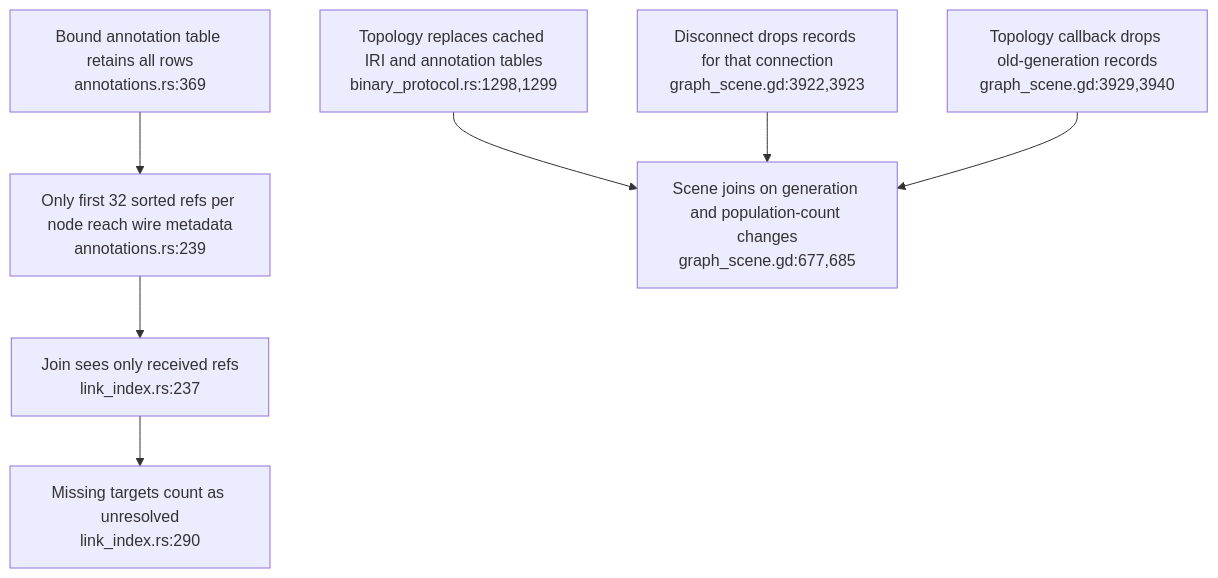
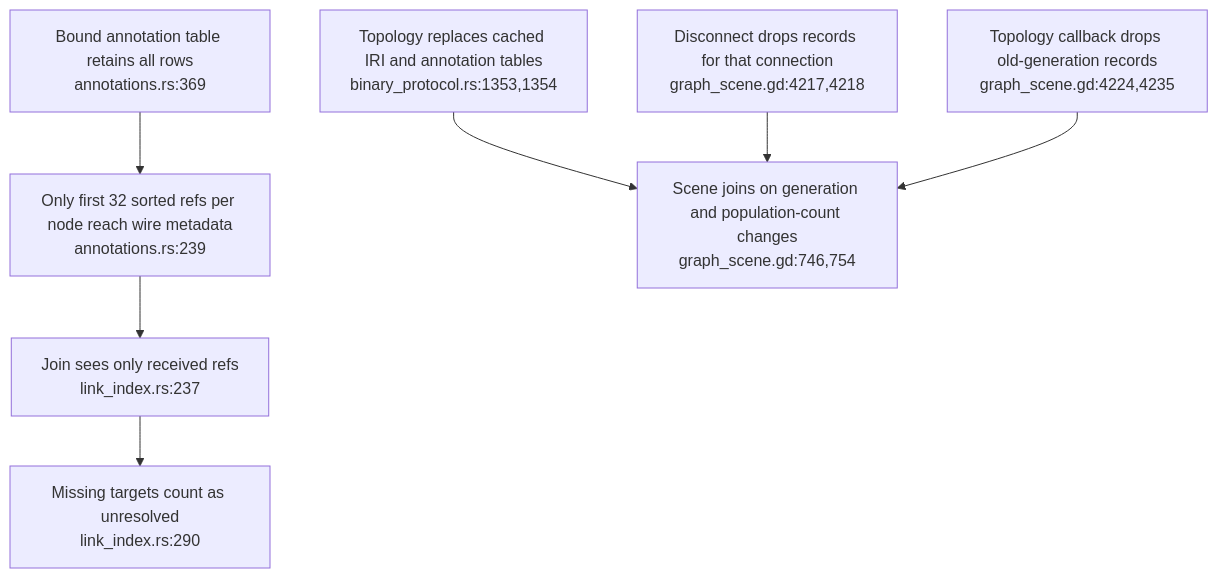
One commit to DreamLab-AI/VisionFlow changed the third of 3 diagrams in docs/diagrams/visionclaw/45-code-to-concept-link-evidence.md. Above: the diagram before and after it, drawn with Mermaid. The commit also changed other lines of this file and 173 other files, not shown here.

````diff
--- a/docs/diagrams/visionclaw/45-code-to-concept-link-evidence.md
+++ b/docs/diagrams/visionclaw/45-code-to-concept-link-evidence.md
@@ -60,9 +60,9 @@
 ```mermaid
 flowchart TD
     ALL["Bound annotation table retains all rows<br/>annotations.rs:369"] --> CUT["Only first 32 sorted refs per node reach wire metadata<br/>annotations.rs:239"]
     CUT --> JOIN["Join sees only received refs<br/>link_index.rs:237"]
     JOIN --> COUNT["Missing targets count as unresolved<br/>link_index.rs:290"]
-    TOPO["Topology replaces cached IRI and annotation tables<br/>binary_protocol.rs:1298,1299"] --> REBUILD["Scene joins on generation and population-count changes<br/>graph_scene.gd:677,685"]
-    DISC["Disconnect drops records for that connection<br/>graph_scene.gd:3922,3923"] --> REBUILD
-    NEW["Topology callback drops old-generation records<br/>graph_scene.gd:3929,3940"] --> REBUILD
+    TOPO["Topology replaces cached IRI and annotation tables<br/>binary_protocol.rs:1353,1354"] --> REBUILD["Scene joins on generation and population-count changes<br/>graph_scene.gd:746,754"]
+    DISC["Disconnect drops records for that connection<br/>graph_scene.gd:4217,4218"] --> REBUILD
+    NEW["Topology callback drops old-generation records<br/>graph_scene.gd:4224,4235"] --> REBUILD
 ```
````
